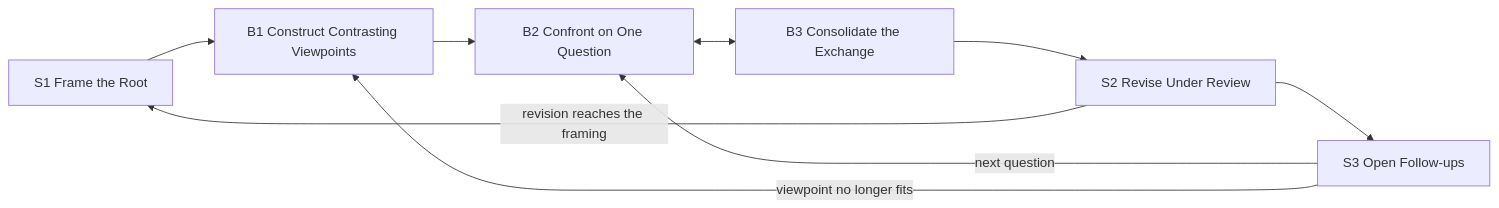
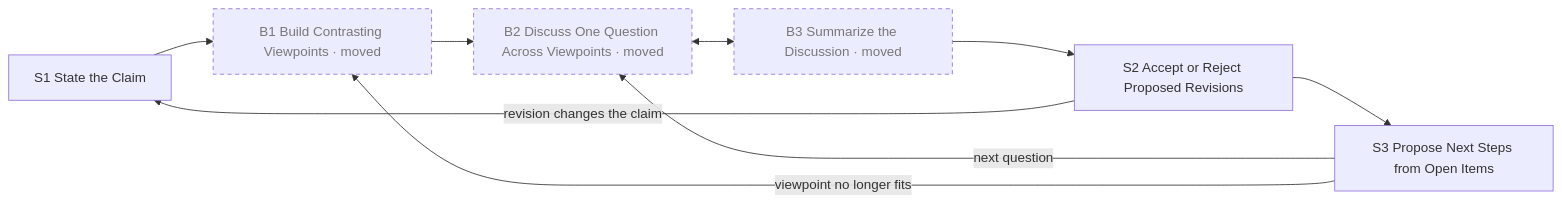
One commit to ucla-hci/interaction-design-patterns changed the second of 3 diagrams in pattern-language/pattern-language-mvp.md. Above: the diagram before and after it, drawn with Mermaid. The commit also changed other lines of this file and 1 other file, not shown here.

First line of the commit message:
9/29: MVP restructure — Goal/Failure, CP-led steps, subtask renames, component rules

````diff
--- a/pattern-language/pattern-language-mvp.md
+++ b/pattern-language/pattern-language-mvp.md
@@ -144,11 +176,12 @@
 ```mermaid
 flowchart LR
-  S1["S1 Frame the Root"] --> B1["B1 Construct Contrasting Viewpoints"]
-  B1 --> B2["B2 Confront on One Question"]
-  B2 <--> B3["B3 Consolidate the Exchange"]
-  B3 --> S2["S2 Revise Under Review"]
-  S2 --> S3["S3 Open Follow-ups"]
+  S1["S1 State the Claim"] --> B1["B1 Build Contrasting Viewpoints · moved"]:::moved
+  B1 --> B2["B2 Discuss One Question Across Viewpoints · moved"]:::moved
+  B2 <--> B3["B3 Summarize the Discussion · moved"]:::moved
+  B3 --> S2["S2 Accept or Reject Proposed Revisions"]
+  S2 --> S3["S3 Propose Next Steps from Open Items"]
   S3 -- "next question" --> B2
   S3 -- "viewpoint no longer fits" --> B1
-  S2 -- "revision reaches the framing" --> S1
+  S2 -- "revision changes the claim" --> S1
+  classDef moved stroke-dasharray:5 4,color:#777
 ```
````
